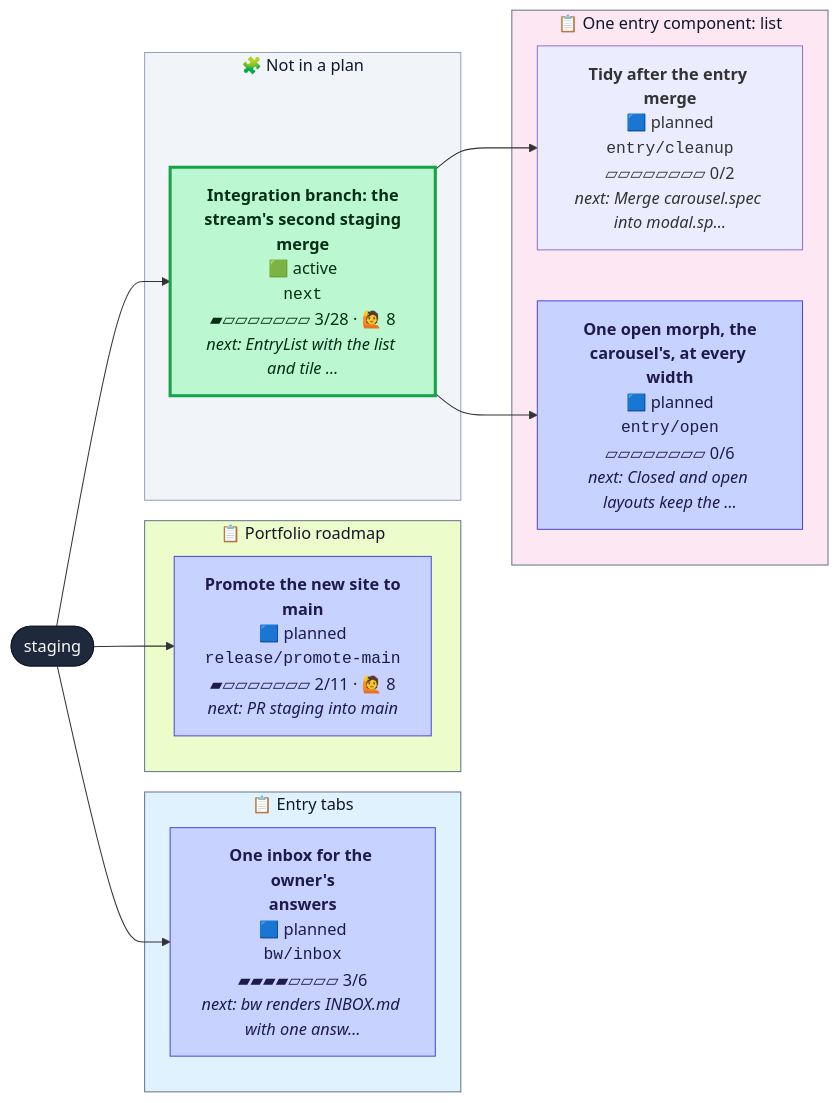
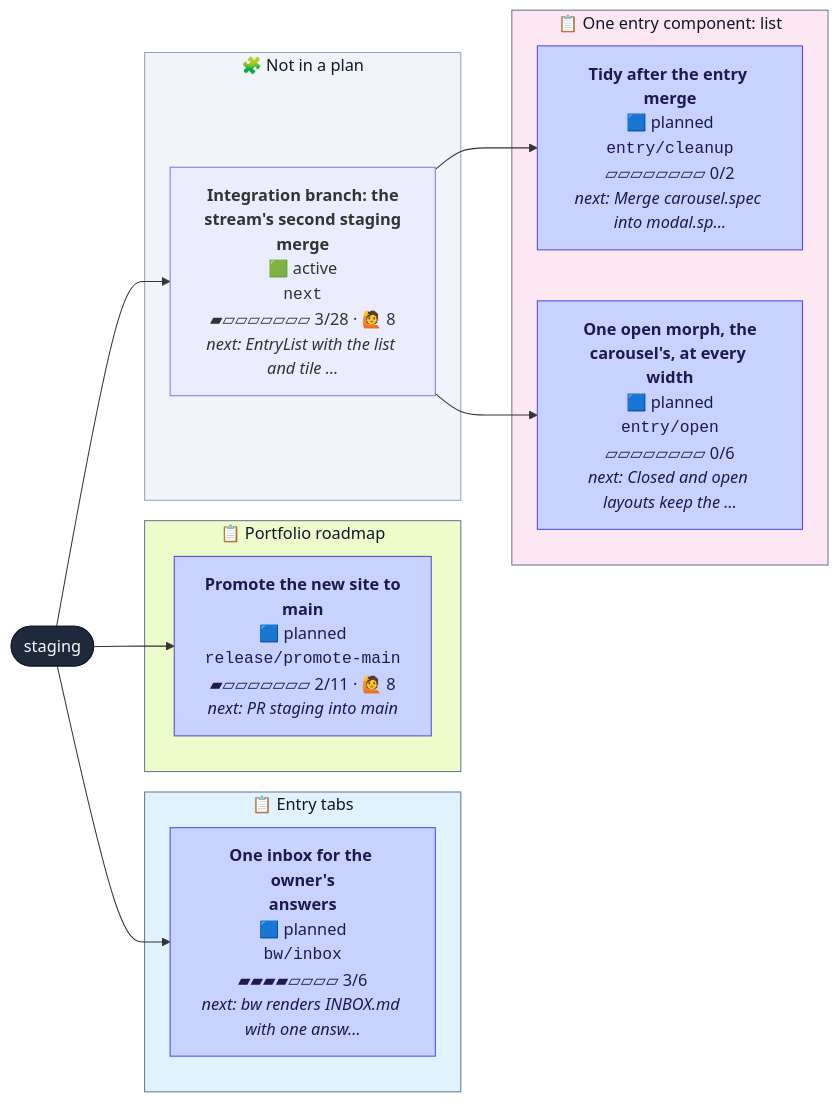
One commit to henryjonescodes/portfolio changed the diagram in CONTRIBUTING.md. Above: the diagram before and after it, drawn with Mermaid. The commit also changed other lines of this file, not shown here.

````diff
--- a/CONTRIBUTING.md
+++ b/CONTRIBUTING.md
@@ -16,38 +16,38 @@
 ```mermaid
 flowchart LR
   n_staging([staging])
   class n_staging trunk
   subgraph plan_0["📋 Entry tabs"]
     n_bw_inbox["<b>One inbox for the owner's<br/>answers</b><br/>🟦 planned<br/><code>bw/inbox</code><br/>▰▰▰▰▱▱▱▱ 3/6<br/><i>next: bw renders INBOX.md with one answ…</i>"]
     class n_bw_inbox planned
   end
   style plan_0 fill:#e0f2fe,stroke:#64748b,color:#0f172a
   subgraph plan_1["📋 One entry component: list"]
     n_entry_cleanup["<b>Tidy after the entry merge</b><br/>🟦 planned<br/><code>entry/cleanup</code><br/>▱▱▱▱▱▱▱▱ 0/2<br/><i>next: Merge carousel.spec into modal.sp…</i>"]
-    class n_entry_cleanup planned,current
+    class n_entry_cleanup planned
     n_entry_open["<b>One open morph, the<br/>carousel's, at every width</b><br/>🟦 planned<br/><code>entry/open</code><br/>▱▱▱▱▱▱▱▱ 0/6<br/><i>next: Closed and open layouts keep the …</i>"]
     class n_entry_open planned
   end
   style plan_1 fill:#fce7f3,stroke:#64748b,color:#0f172a
   subgraph plan_2["📋 Portfolio roadmap"]
     n_release_promote_main["<b>Promote the new site to<br/>main</b><br/>🟦 planned<br/><code>release/promote-main</code><br/>▰▱▱▱▱▱▱▱ 2/11 · 🙋 8<br/><i>next: PR staging into main</i>"]
     class n_release_promote_main planned
   end
   style plan_2 fill:#ecfccb,stroke:#64748b,color:#0f172a
   subgraph loose["🧩 Not in a plan"]
     n_next["<b>Integration branch: the<br/>stream's second staging<br/>merge</b><br/>🟩 active<br/><code>next</code><br/>▰▱▱▱▱▱▱▱ 3/28 · 🙋 8<br/><i>next: EntryList with the list and tile …</i>"]
-    class n_next active
+    class n_next active,current
   end
   style loose fill:#f1f5f9,stroke:#94a3b8,color:#0f172a
   n_staging --> n_bw_inbox
   n_next --> n_entry_cleanup
   n_next --> n_entry_open
   n_staging --> n_next
   n_staging --> n_release_promote_main
   classDef planned fill:#c7d2fe,stroke:#4f46e5,color:#1e1b4b
   classDef active fill:#bbf7d0,stroke:#16a34a,stroke-width:3px,color:#052e16
   classDef review fill:#fde68a,stroke:#d97706,stroke-width:3px,color:#451a03
   classDef blocked fill:#fecaca,stroke:#dc2626,stroke-width:3px,color:#450a0a
   classDef trunk fill:#1e293b,stroke:#0f172a,color:#f8fafc
   classDef current stroke:#0ea5e9,stroke-width:5px
 ```
````
